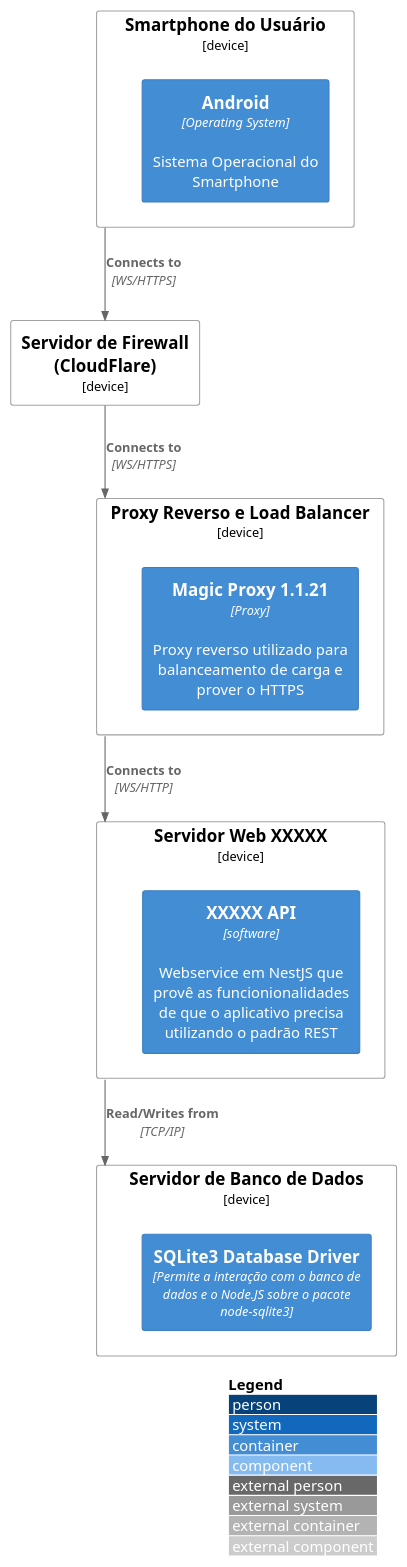
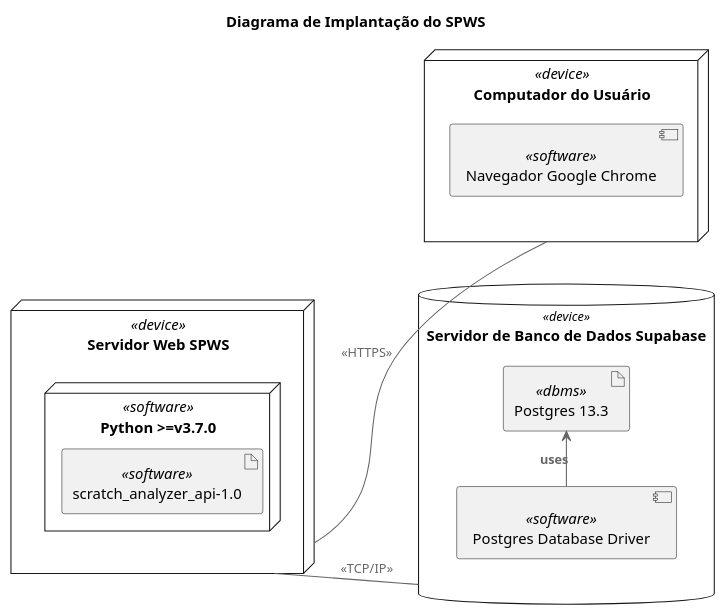
One commit to MurylloEx/ml-scratch-webcrawler-docs changed the diagram in pages/2. Ambiente/environment.puml. Above: the diagram before and after it, drawn with PlantUML. The commit also changed 1 other file, not shown here.

Commit message:
docs: created deployment diagram

```diff
--- a/pages/2. Ambiente/environment.puml
+++ b/pages/2. Ambiente/environment.puml
@@ -1,31 +1,29 @@
 @startuml "Deployment Diagram"
-
-!theme plain
 
 !include https://raw.githubusercontent.com/adrianvlupu/C4-PlantUML/latest/C4_Deployment.puml
 !include https://raw.githubusercontent.com/adrianvlupu/C4-PlantUML/latest/C4_Component.puml
 
-LAYOUT_WITH_LEGEND()
+left to right direction
 
-skinparam backgroundcolor transparent
+title "Diagrama de Implantação do SPWS"
 
-Deployment_Node(NODE_SMARTPHONE, "Smartphone do Usuário", "device") {
-  Container(NODE_ANDROID, "Android", "Operating System", "Sistema Operacional do Smartphone")
-}
-Deployment_Node(NODE_CLOUDFLARE, "Servidor de Firewall (CloudFlare)", "device")
-Deployment_Node(NODE_PROXY, "Proxy Reverso e Load Balancer", "device") {
-  Container(NODE_PROXY_RUNTIME, "Magic Proxy 1.1.21", "Proxy", "Proxy reverso utilizado para balanceamento de carga e prover o HTTPS")
-}
-Deployment_Node(NODE_WEBSERVER, "Servidor Web XXXXX", "device") {
-  Container(NODE_WEBSERVER_API, "XXXXX API", "software", "Webservice em NestJS que provê as funcionionalidades de que o aplicativo precisa utilizando o padrão REST")
-}
-Deployment_Node(NODE_DATABASE, "Servidor de Banco de Dados", "device") {
-  Container(NODE_SQLITE3_DRIVER, "SQLite3 Database Driver", "Permite a interação com o banco de dados e o Node.JS sobre o pacote node-sqlite3")
+node "Computador do Usuário" <<device>> as NODE_COMPUTER {
+  component "Navegador Google Chrome" <<software>>
 }
 
-Rel(NODE_SMARTPHONE, NODE_CLOUDFLARE, "Connects to", "WS/HTTPS")
-Rel(NODE_CLOUDFLARE, NODE_PROXY, "Connects to", "WS/HTTPS")
-Rel(NODE_PROXY, NODE_WEBSERVER, "Connects to", "WS/HTTP")
-Rel(NODE_WEBSERVER, NODE_DATABASE, "Read/Writes from", "TCP/IP")
+node "Servidor Web SPWS" <<device>> as NODE_WEBSERVER {
+  node "Python >=v3.7.0" <<software>> as NODE_WEBSERVER_RUNTIME {
+    artifact "scratch_analyzer_api-1.0" <<software>>
+  }
+}
+
+database "Servidor de Banco de Dados Supabase" <<device>> as NODE_DATABASE {
+  component "Postgres Database Driver" <<software>> as DATABASE_DRIVER
+  artifact "Postgres 13.3" <<dbms>> as DATABASE_DBMS
+  DATABASE_DRIVER -> DATABASE_DBMS : <b>uses</b>
+}
+
+NODE_COMPUTER -up- NODE_WEBSERVER : <<HTTPS>>
+NODE_WEBSERVER -down- NODE_DATABASE : <<TCP/IP>>
 
 @enduml
```
